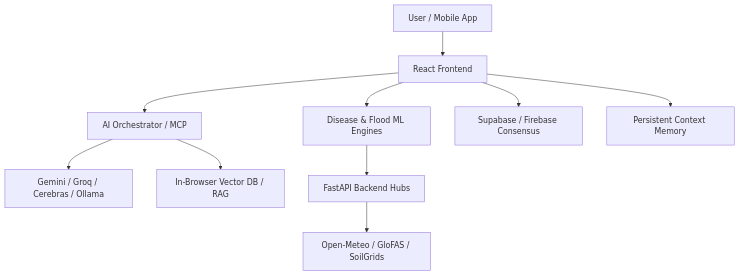
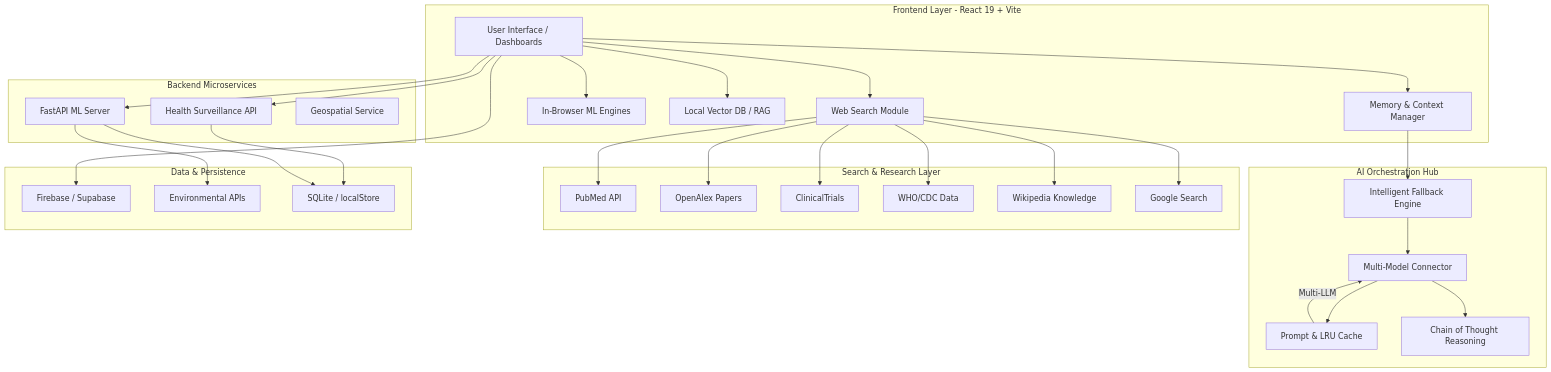
Before and after one commit to gaur-avvv/Bio-SentinelX: the diagram in README.md, drawn with Mermaid. The commit also changed other lines of this file and 2 other files, not shown here.

First line of the commit message:
feat: add web search functionality to BioXAssistant

````diff
--- a/README.md
+++ b/README.md
@@ -90,12 +145,66 @@
 ```mermaid
 graph TD
-    User[User / Mobile App] --> Frontend[React Frontend]
-    Frontend --> AI[AI Orchestrator / MCP]
-    Frontend --> ML[Disease & Flood ML Engines]
-    AI --> Providers[Gemini / Groq / Cerebras / Ollama]
-    AI --> VectorDB[In-Browser Vector DB / RAG]
-    ML --> FastAPI[FastAPI Backend Hubs]
-    FastAPI --> Data[Open-Meteo / GloFAS / SoilGrids]
-    Frontend --> DB[Supabase / Firebase Consensus]
-    Frontend --> Memory[Persistent Context Memory]
+    subgraph Client_Layer [Frontend Layer - React 19 + Vite]
+        UI[User Interface / Dashboards]
+        AM[Memory & Context Manager]
+        IML[In-Browser ML Engines]
+        VDB[Local Vector DB / RAG]
+        WS[Web Search Module]
+    end
+
+    subgraph Orchestration_Layer [AI Orchestration Hub]
+        FALL[Intelligent Fallback Engine]
+        MCA[Multi-Model Connector]
+        PROMPT[Prompt & LRU Cache]
+        CoT[Chain of Thought Reasoning]
+    end
+
+    subgraph Search_Layer [Search & Research Layer]
+        PUBMED[PubMed API]
+        OAPERS[OpenAlex Papers]
+        TRIALS[ClinicalTrials]
+        WHO[WHO/CDC Data]
+        WIKI[Wikipedia Knowledge]
+        GOOGLE[Google Search]
+    end
+
+    subgraph Service_Layer [Backend Microservices]
+        FAST[FastAPI ML Server]
+        SURV[Health Surveillance API]
+        GEO[Geospatial Service]
+    end
+
+    subgraph Data_Layer [Data & Persistence]
+        FIRE[Firebase / Supabase]
+        WEATH[Environmental APIs]
+        SQL[SQLite / localStore]
+    end
+
+    UI --> AM
+    UI --> IML
+    UI --> VDB
+    UI --> WS
+    
+    WS --> PUBMED
+    WS --> OAPERS
+    WS --> TRIALS
+    WS --> WHO
+    WS --> WIKI
+    WS --> GOOGLE
+    
+    AM --> FALL
+    FALL --> MCA
+    MCA --> PROMPT
+    MCA --> CoT
+    
+    PROMPT --> |Multi-LLM| MCA
+    
+    UI --> FAST
+    UI --> SURV
+    
+    FAST --> WEATH
+    SURV --> SQL
+    FAST --> SQL
+    
+    UI --> FIRE
 ```
````
